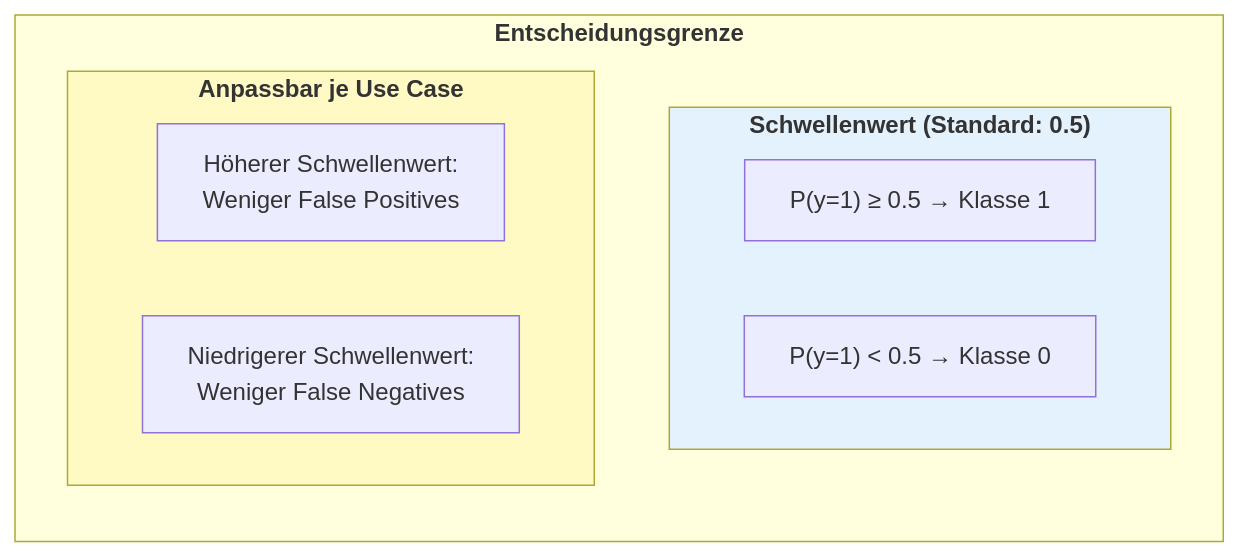
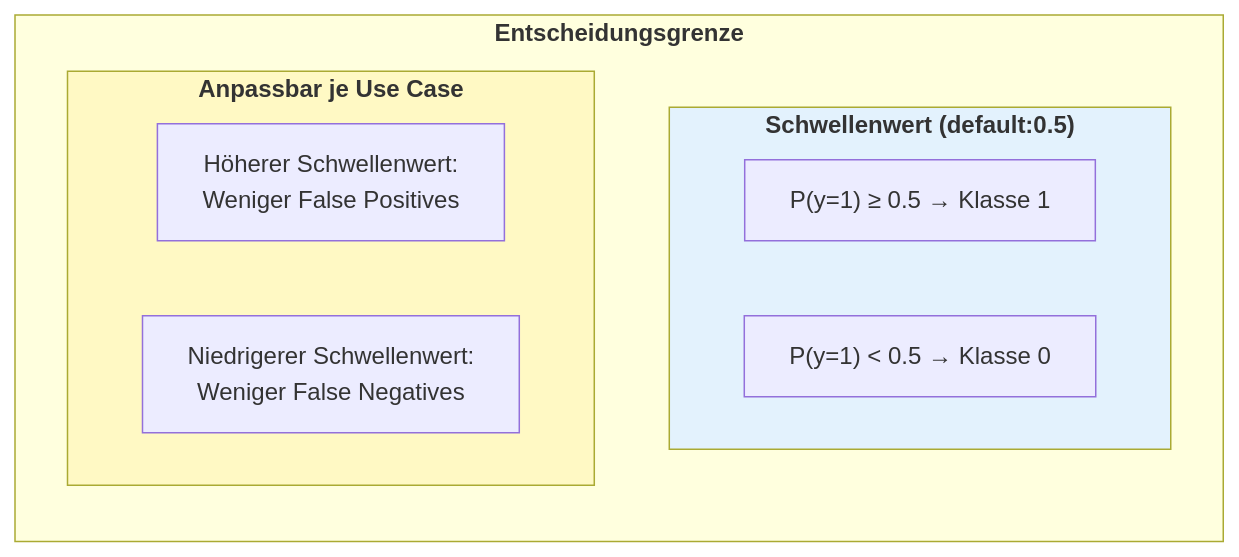
The eighth of 10 diagrams in docs/concepts/modeling/regression.md (ralf-42/ML_Intro), drawn with Mermaid before and after one commit. The commit also changed other lines of this file and 19 other files, not shown here.

````diff
--- a/docs/concepts/modeling/regression.md
+++ b/docs/concepts/modeling/regression.md
@@ -428,19 +306,19 @@
 ```mermaid
 flowchart TB
     subgraph decision["<b>Entscheidungsgrenze"]
         direction TB
         
-        subgraph threshold["<b>Schwellenwert (Standard: 0.5)"]
+        subgraph threshold["<b>Schwellenwert (default:0.5)"]
             T1["P(y=1) ≥ 0.5 → Klasse 1"]
             T2["P(y=1) < 0.5 → Klasse 0"]
         end
         
         subgraph adjust["<b>Anpassbar je Use Case"]
             A1["Höherer Schwellenwert:<br/>Weniger False Positives"]
             A2["Niedrigerer Schwellenwert:<br/>Weniger False Negatives"]
         end
     end
     
     style threshold fill:#e3f2fd
     style adjust fill:#fff9c4
 ```
````
